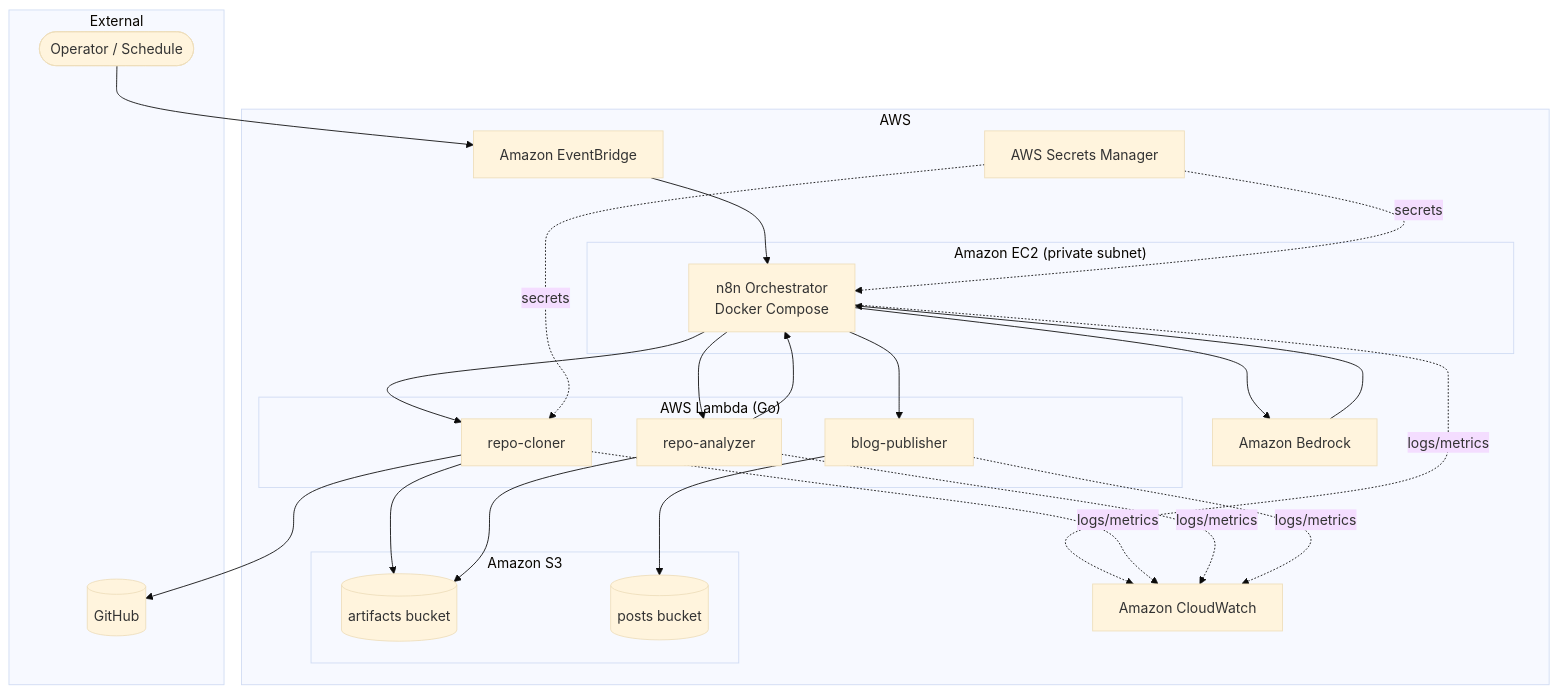
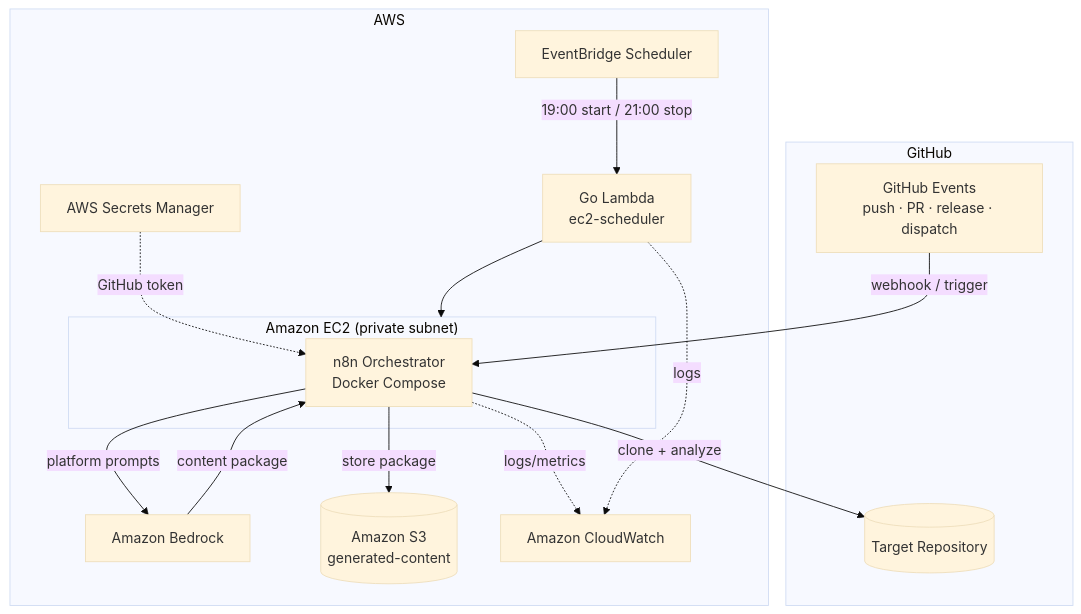
One commit to teddynted/ai-github-repository-blog-generator changed the first of 6 diagrams in docs/architecture.md. Above: the diagram before and after it, drawn with Mermaid (base theme). The commit also changed other lines of this file and 10 other files, not shown here.

````diff
--- a/docs/architecture.md
+++ b/docs/architecture.md
@@ -21,38 +22,29 @@
 ```mermaid
 flowchart TB
-    subgraph External
-        GH[(GitHub)]
-        USER([Operator / Schedule])
+    subgraph GitHub
+        EVT[GitHub Events<br/>push · PR · release · dispatch]
+        REPO[(Target Repository)]
     end
 
     subgraph AWS
-        EB[Amazon EventBridge]
+        SCHED[EventBridge Scheduler]
+        LSTOP[Go Lambda<br/>ec2-scheduler]
         subgraph EC2["Amazon EC2 (private subnet)"]
             N8N[n8n Orchestrator<br/>Docker Compose]
         end
-        subgraph Lambdas["AWS Lambda (Go)"]
-            CLONE[repo-cloner]
-            ANALYZE[repo-analyzer]
-            PUBLISH[blog-publisher]
-        end
         BR[Amazon Bedrock]
-        subgraph S3["Amazon S3"]
-            ART[(artifacts bucket)]
-            POST[(posts bucket)]
-        end
+        S3[(Amazon S3<br/>generated-content)]
         SM[AWS Secrets Manager]
         CW[Amazon CloudWatch]
     end
 
-    USER --> EB --> N8N
-    N8N --> CLONE --> GH
-    CLONE --> ART
-    N8N --> ANALYZE
-    ANALYZE --> ART
-    ANALYZE --> N8N
-    N8N --> BR --> N8N
-    N8N --> PUBLISH --> POST
-    SM -. secrets .-> N8N
-    SM -. secrets .-> CLONE
-    N8N & CLONE & ANALYZE & PUBLISH -. logs/metrics .-> CW
+    EVT -->|webhook / trigger| N8N
+    SCHED -->|19:00 start / 21:00 stop| LSTOP --> EC2
+    N8N -->|clone + analyze| REPO
+    N8N -->|platform prompts| BR
+    BR -->|content package| N8N
+    N8N -->|store package| S3
+    SM -. GitHub token .-> N8N
+    N8N -. logs/metrics .-> CW
+    LSTOP -. logs .-> CW
 ```
````
